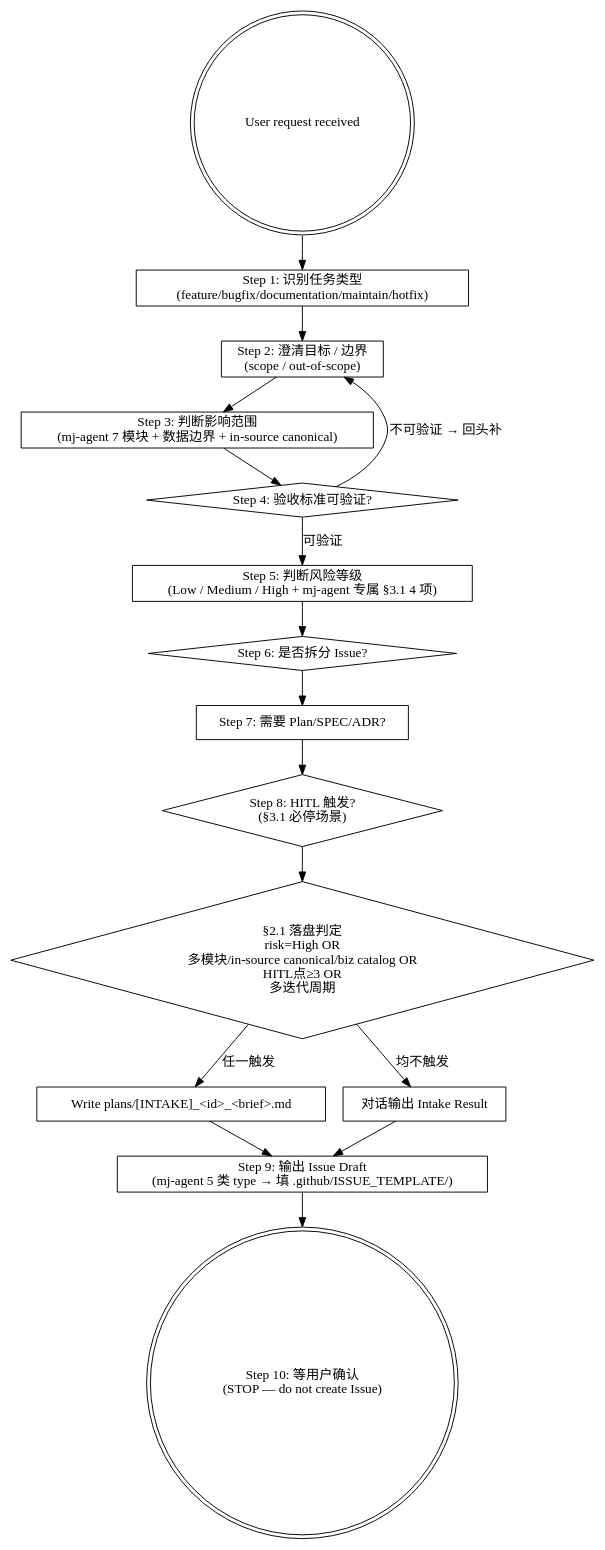
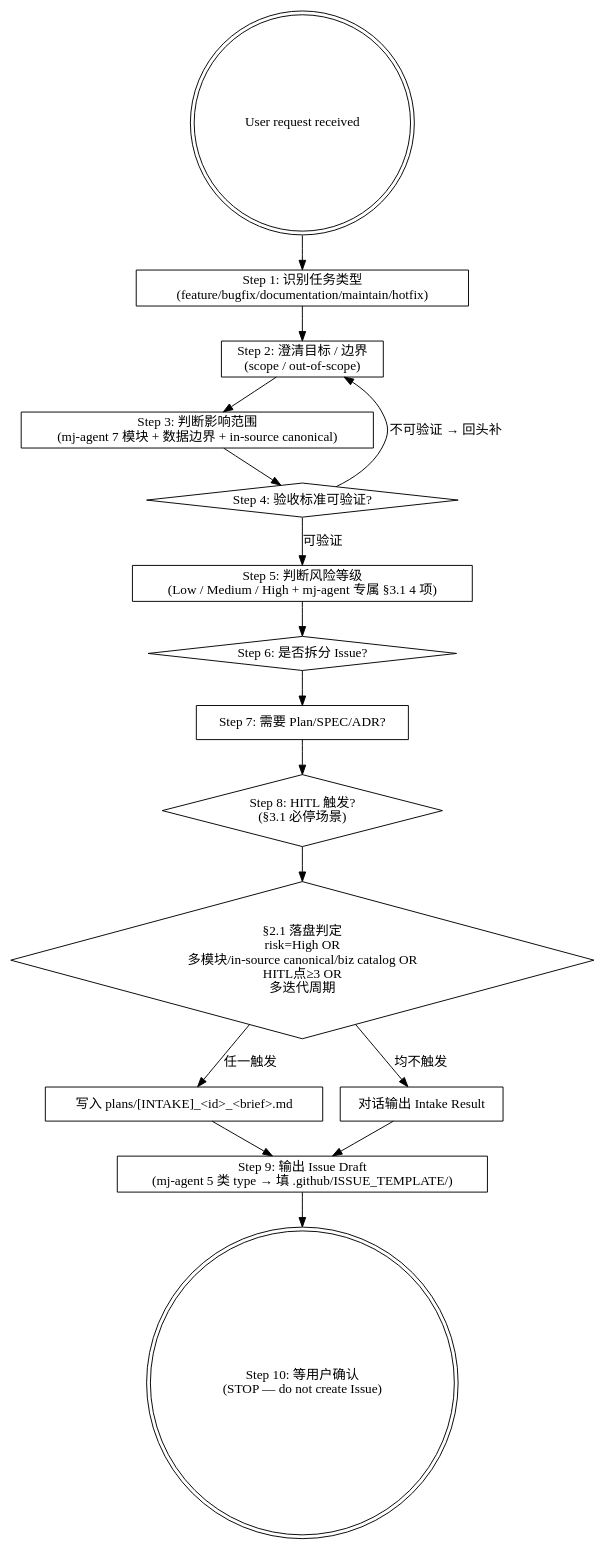
Before and after one commit to MJ-AgentLab/mj-agent: the diagram in .agents/skills/mj-agent-flow-intake/SKILL.md, drawn with Graphviz. The commit also changed other lines of this file and 254 other files, not shown here.

````diff
--- a/.agents/skills/mj-agent-flow-intake/SKILL.md
+++ b/.agents/skills/mj-agent-flow-intake/SKILL.md
@@ -54,33 +37,33 @@
 ```dot
 digraph intake {
   rankdir=TB;
   start [label="User request received" shape=doublecircle];
 
   s1 [label="Step 1: 识别任务类型\n(feature/bugfix/documentation/maintain/hotfix)" shape=box];
   s2 [label="Step 2: 澄清目标 / 边界\n(scope / out-of-scope)" shape=box];
   s3 [label="Step 3: 判断影响范围\n(mj-agent 7 模块 + 数据边界 + in-source canonical)" shape=box];
   s4 [label="Step 4: 验收标准可验证?" shape=diamond];
   s5 [label="Step 5: 判断风险等级\n(Low / Medium / High + mj-agent 专属 §3.1 4 项)" shape=box];
   s6 [label="Step 6: 是否拆分 Issue?" shape=diamond];
   s7 [label="Step 7: 需要 Plan/SPEC/ADR?" shape=box];
   s8 [label="Step 8: HITL 触发?\n(§3.1 必停场景)" shape=diamond];
 
   落盘判定 [label="§2.1 落盘判定\nrisk=High OR\n多模块/in-source canonical/biz catalog OR\nHITL点≥3 OR\n多迭代周期" shape=diamond];
 
-  落盘 [label="Write plans/[INTAKE]_<id>_<brief>.md" shape=box];
+  落盘 [label="写入 plans/[INTAKE]_<id>_<brief>.md" shape=box];
   对话输出 [label="对话输出 Intake Result" shape=box];
 
   s9 [label="Step 9: 输出 Issue Draft\n(mj-agent 5 类 type → 填 .github/ISSUE_TEMPLATE/)" shape=box];
   hitl [label="Step 10: 等用户确认\n(STOP — do not create Issue)" shape=doublecircle];
 
   start -> s1 -> s2 -> s3 -> s4;
   s4 -> s5 [label="可验证"];
   s4 -> s2 [label="不可验证 → 回头补"];
   s5 -> s6 -> s7 -> s8 -> 落盘判定;
   落盘判定 -> 落盘 [label="任一触发"];
   落盘判定 -> 对话输出 [label="均不触发"];
   落盘 -> s9;
   对话输出 -> s9;
   s9 -> hitl;
 }
 ```
````
